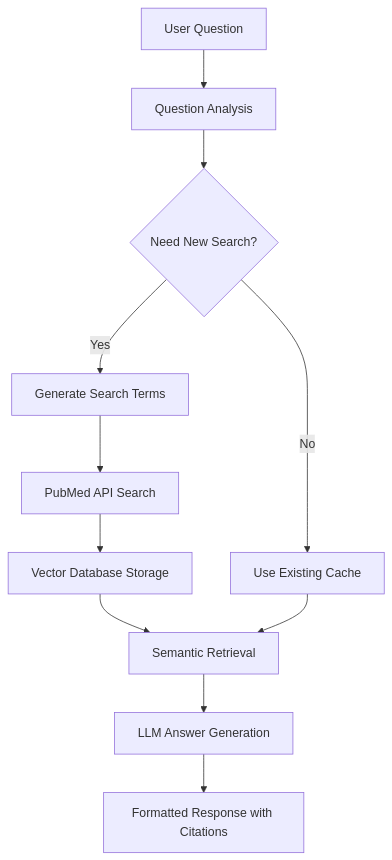
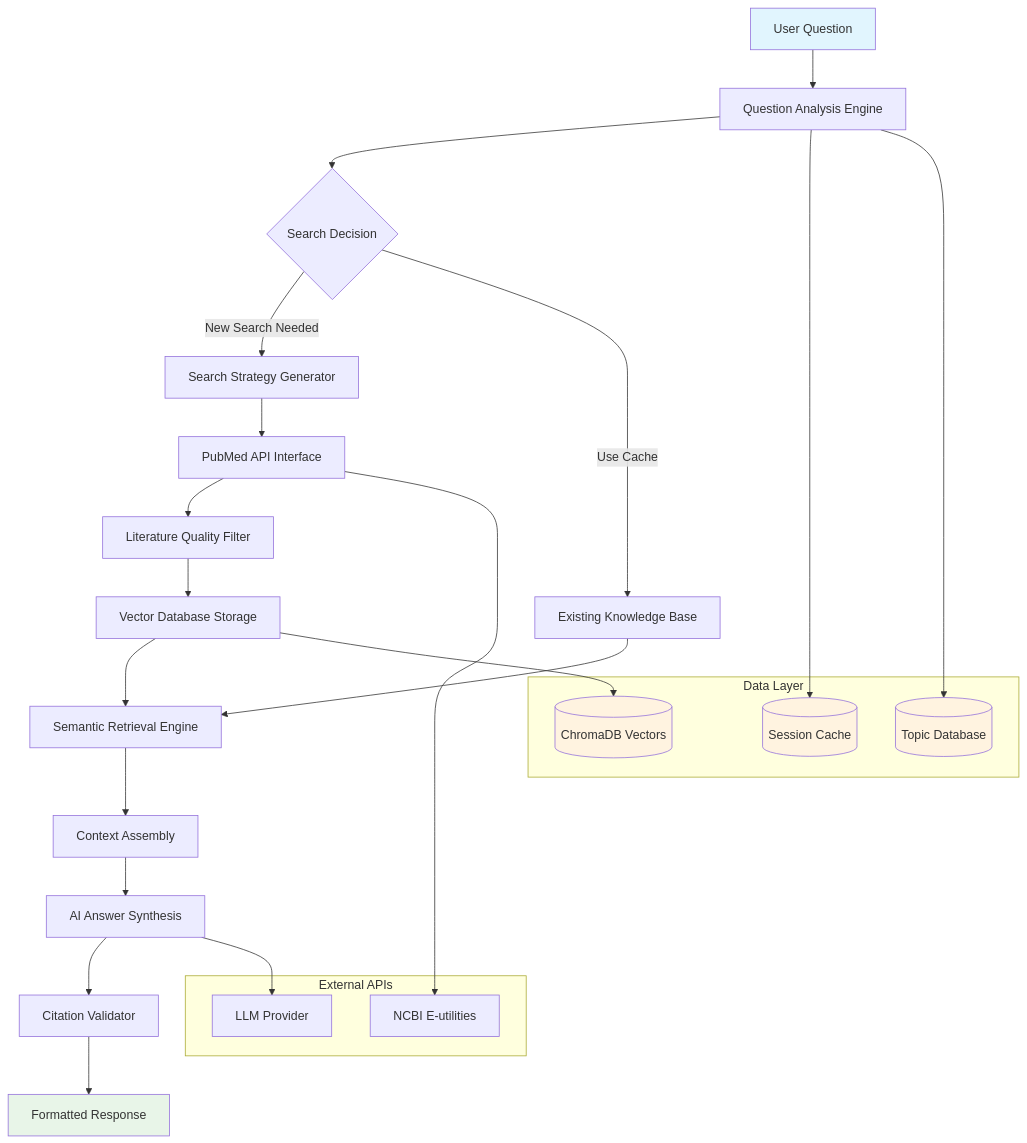
One commit to Zaoqu-Liu/PubMedRAG changed the first of 2 diagrams in README.md. Above: the diagram before and after it, drawn with Mermaid. The commit also changed other lines of this file, not shown here.

````diff
--- a/README.md
+++ b/README.md
@@ -671,13 +106,39 @@
 ```mermaid
 graph TB
-    A[User Question] --> B[Question Analysis]
-    B --> C{Need New Search?}
-    C -->|Yes| D[Generate Search Terms]
-    C -->|No| H[Use Existing Cache]
-    D --> E[PubMed API Search]
-    E --> F[Vector Database Storage]
-    F --> G[Semantic Retrieval]
-    H --> G
-    G --> I[LLM Answer Generation]
-    I --> J[Formatted Response with Citations]
+    A[User Question] --> B[Question Analysis Engine]
+    B --> C{Search Decision}
+    C -->|New Search Needed| D[Search Strategy Generator]
+    C -->|Use Cache| H[Existing Knowledge Base]
+    D --> E[PubMed API Interface]
+    E --> F[Literature Quality Filter]
+    F --> G[Vector Database Storage]
+    G --> I[Semantic Retrieval Engine]
+    H --> I
+    I --> J[Context Assembly]
+    J --> K[AI Answer Synthesis]
+    K --> L[Citation Validator]
+    L --> M[Formatted Response]
+    
+    subgraph "Data Layer"
+        N[(ChromaDB Vectors)]
+        O[(Session Cache)]
+        P[(Topic Database)]
+    end
+    
+    subgraph "External APIs"
+        Q[NCBI E-utilities]
+        R[LLM Provider]
+    end
+    
+    G --> N
+    B --> O
+    B --> P
+    E --> Q
+    K --> R
+    
+    style A fill:#e1f5fe
+    style M fill:#e8f5e8
+    style N fill:#fff3e0
+    style O fill:#fff3e0
+    style P fill:#fff3e0
 ```
````
